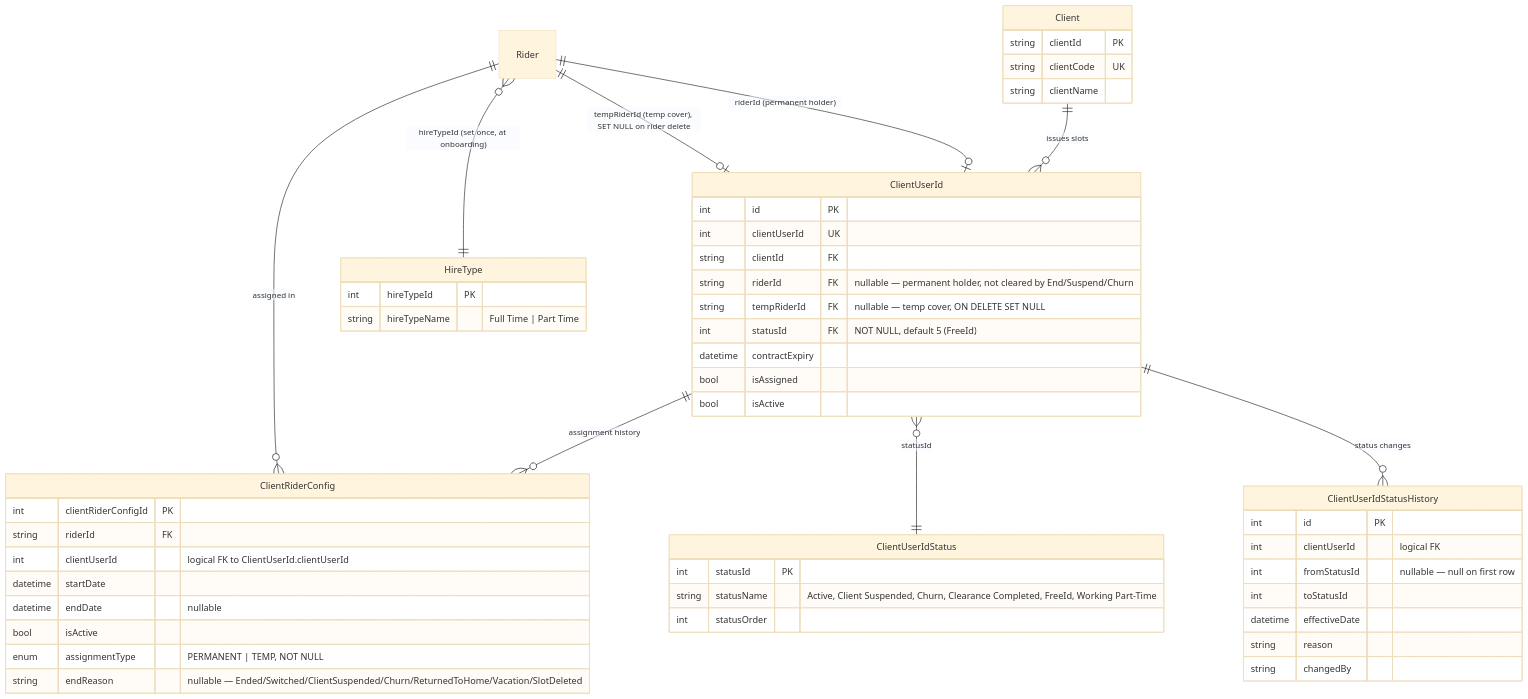
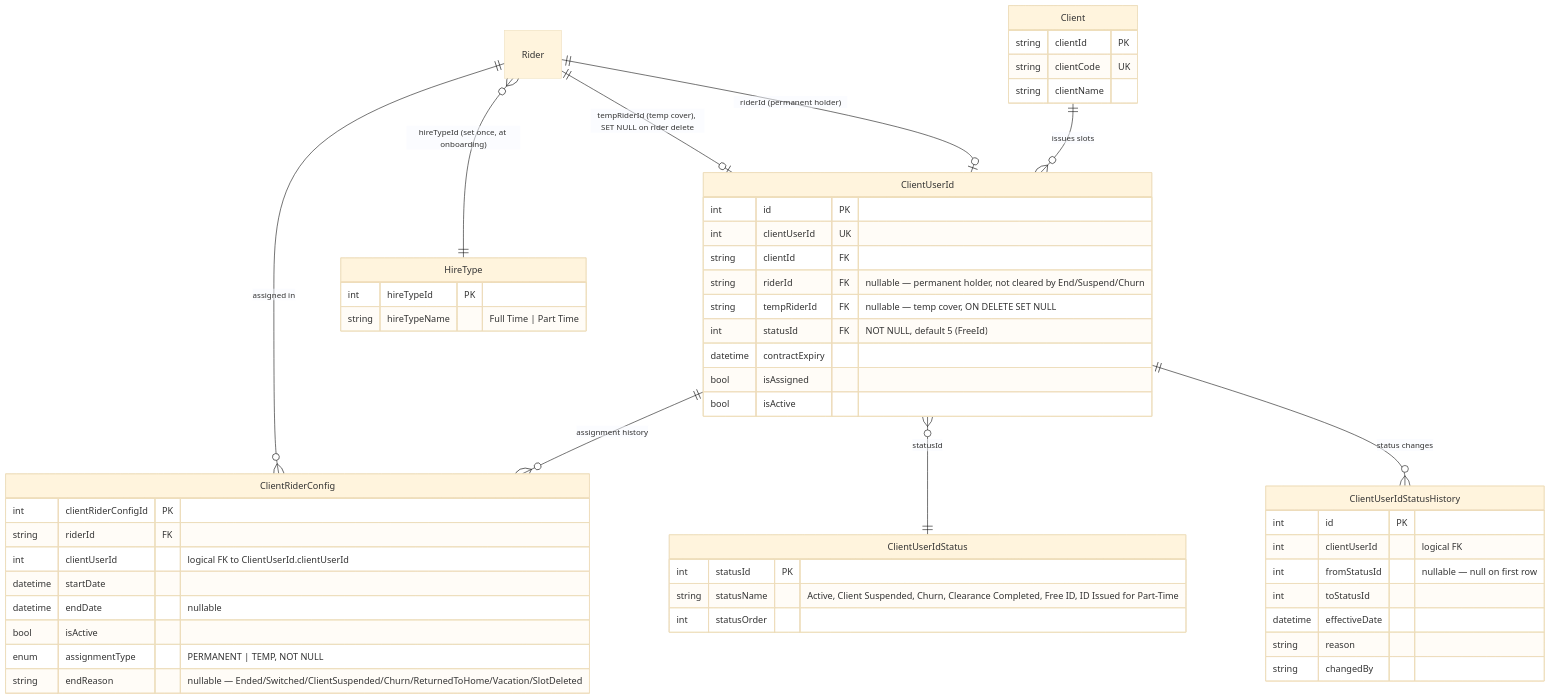
One commit to dev-sankar03/CAG.Admin.Docs changed the fifth of 5 diagrams in docs/client-clientuserid-mapping.md. Above: the diagram before and after it, drawn with Mermaid (base theme). The commit also changed other lines of this file and 18 other files, not shown here.

````diff
--- a/docs/client-clientuserid-mapping.md
+++ b/docs/client-clientuserid-mapping.md
@@ -226,56 +228,56 @@
 ```mermaid
 erDiagram
     Client ||--o{ ClientUserId : "issues slots"
     ClientUserId ||--o{ ClientRiderConfig : "assignment history"
     ClientUserId }o--|| ClientUserIdStatus : "statusId"
     ClientUserId ||--o{ ClientUserIdStatusHistory : "status changes"
     Rider ||--o{ ClientRiderConfig : "assigned in"
     Rider ||--o| ClientUserId : "riderId (permanent holder)"
     Rider ||--o| ClientUserId : "tempRiderId (temp cover), SET NULL on rider delete"
     Rider }o--|| HireType : "hireTypeId (set once, at onboarding)"
 
     Client {
         string clientId PK
         string clientCode UK
         string clientName
     }
     ClientUserIdStatus {
         int statusId PK
-        string statusName "Active, Client Suspended, Churn, Clearance Completed, FreeId, Working Part-Time"
+        string statusName "Active, Client Suspended, Churn, Clearance Completed, Free ID, ID Issued for Part-Time"
         int statusOrder
     }
     ClientUserId {
         int id PK
         int clientUserId UK
         string clientId FK
         string riderId FK "nullable — permanent holder, not cleared by End/Suspend/Churn"
         string tempRiderId FK "nullable — temp cover, ON DELETE SET NULL"
         int statusId FK "NOT NULL, default 5 (FreeId)"
         datetime contractExpiry
         bool isAssigned
         bool isActive
     }
     ClientRiderConfig {
         int clientRiderConfigId PK
         string riderId FK
         int clientUserId "logical FK to ClientUserId.clientUserId"
         datetime startDate
         datetime endDate "nullable"
         bool isActive
         enum assignmentType "PERMANENT | TEMP, NOT NULL"
         string endReason "nullable — Ended/Switched/ClientSuspended/Churn/ReturnedToHome/Vacation/SlotDeleted"
     }
     ClientUserIdStatusHistory {
         int id PK
         int clientUserId "logical FK"
         int fromStatusId "nullable — null on first row"
         int toStatusId
         datetime effectiveDate
         string reason
         string changedBy
     }
     HireType {
         int hireTypeId PK
         string hireTypeName "Full Time | Part Time"
     }
 ```
````
